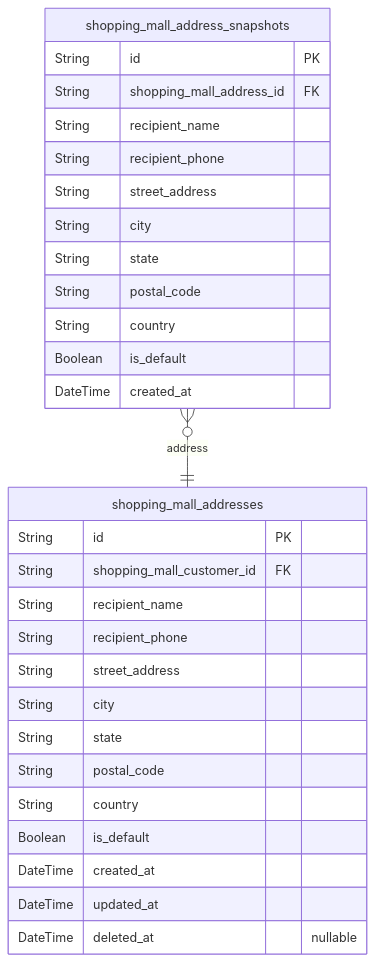
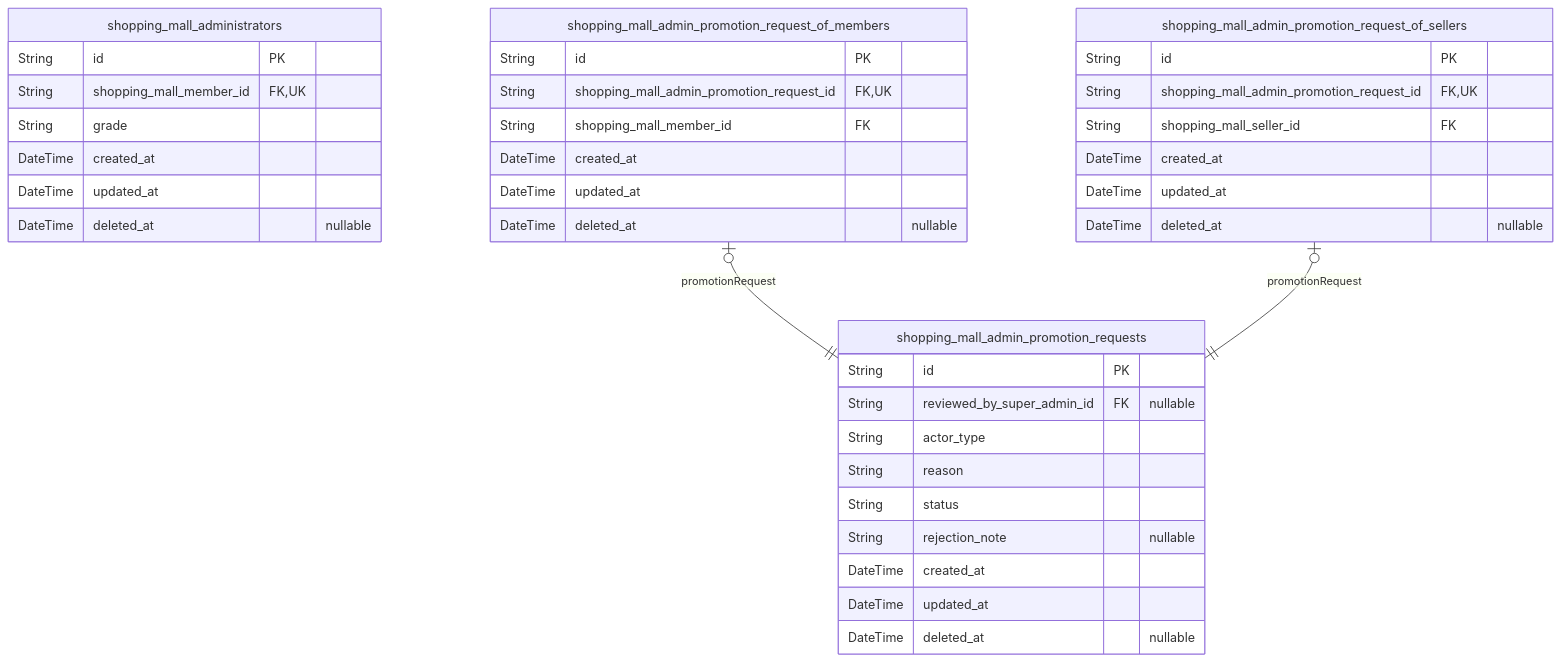
One commit to wrtnlabs/autobe-examples changed the fourth of 11 diagrams in qwen/qwen3.5-397b-a17b/shopping/docs/ERD.md. Above: the diagram before and after it, drawn with Mermaid. The commit also changed other lines of this file and 32093 other files, not shown here.

````diff
--- a/qwen/qwen3.5-397b-a17b/shopping/docs/ERD.md
+++ b/qwen/qwen3.5-397b-a17b/shopping/docs/ERD.md
@@ -536,32 +1523,40 @@
 ```mermaid
 erDiagram
-"shopping_mall_addresses" {
+"shopping_mall_administrators" {
   String id PK
-  String shopping_mall_customer_id FK
-  String recipient_name
-  String recipient_phone
-  String street_address
-  String city
-  String state
-  String postal_code
-  String country
-  Boolean is_default
+  String shopping_mall_member_id FK,UK
+  String grade
   DateTime created_at
   DateTime updated_at
   DateTime deleted_at "nullable"
 }
-"shopping_mall_address_snapshots" {
+"shopping_mall_admin_promotion_requests" {
   String id PK
-  String shopping_mall_address_id FK
-  String recipient_name
-  String recipient_phone
-  String street_address
-  String city
-  String state
-  String postal_code
-  String country
-  Boolean is_default
+  String reviewed_by_super_admin_id FK "nullable"
+  String actor_type
+  String reason
+  String status
+  String rejection_note "nullable"
   DateTime created_at
+  DateTime updated_at
+  DateTime deleted_at "nullable"
 }
-"shopping_mall_address_snapshots" }o--|| "shopping_mall_addresses" : address
+"shopping_mall_admin_promotion_request_of_members" {
+  String id PK
+  String shopping_mall_admin_promotion_request_id FK,UK
+  String shopping_mall_member_id FK
+  DateTime created_at
+  DateTime updated_at
+  DateTime deleted_at "nullable"
+}
+"shopping_mall_admin_promotion_request_of_sellers" {
+  String id PK
+  String shopping_mall_admin_promotion_request_id FK,UK
+  String shopping_mall_seller_id FK
+  DateTime created_at
+  DateTime updated_at
+  DateTime deleted_at "nullable"
+}
+"shopping_mall_admin_promotion_request_of_members" |o--|| "shopping_mall_admin_promotion_requests" : promotionRequest
+"shopping_mall_admin_promotion_request_of_sellers" |o--|| "shopping_mall_admin_promotion_requests" : promotionRequest
 ```
````
